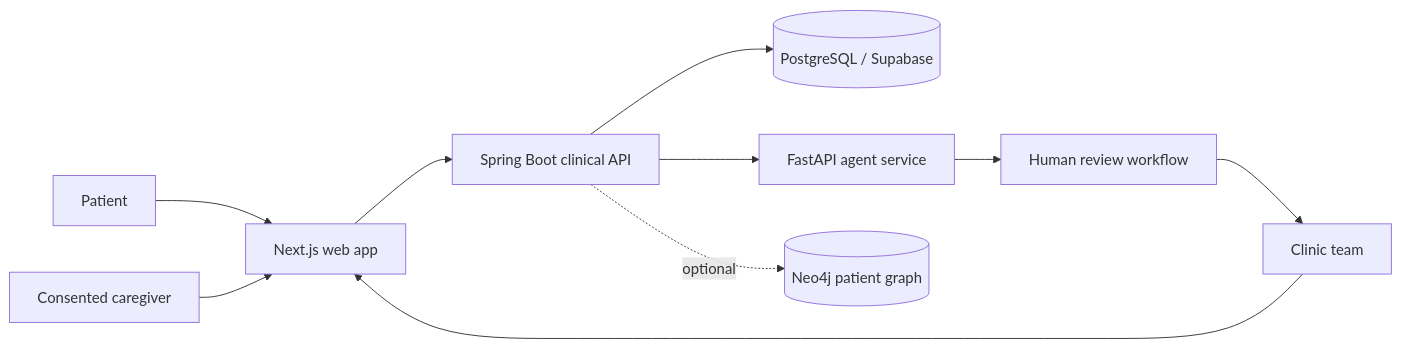
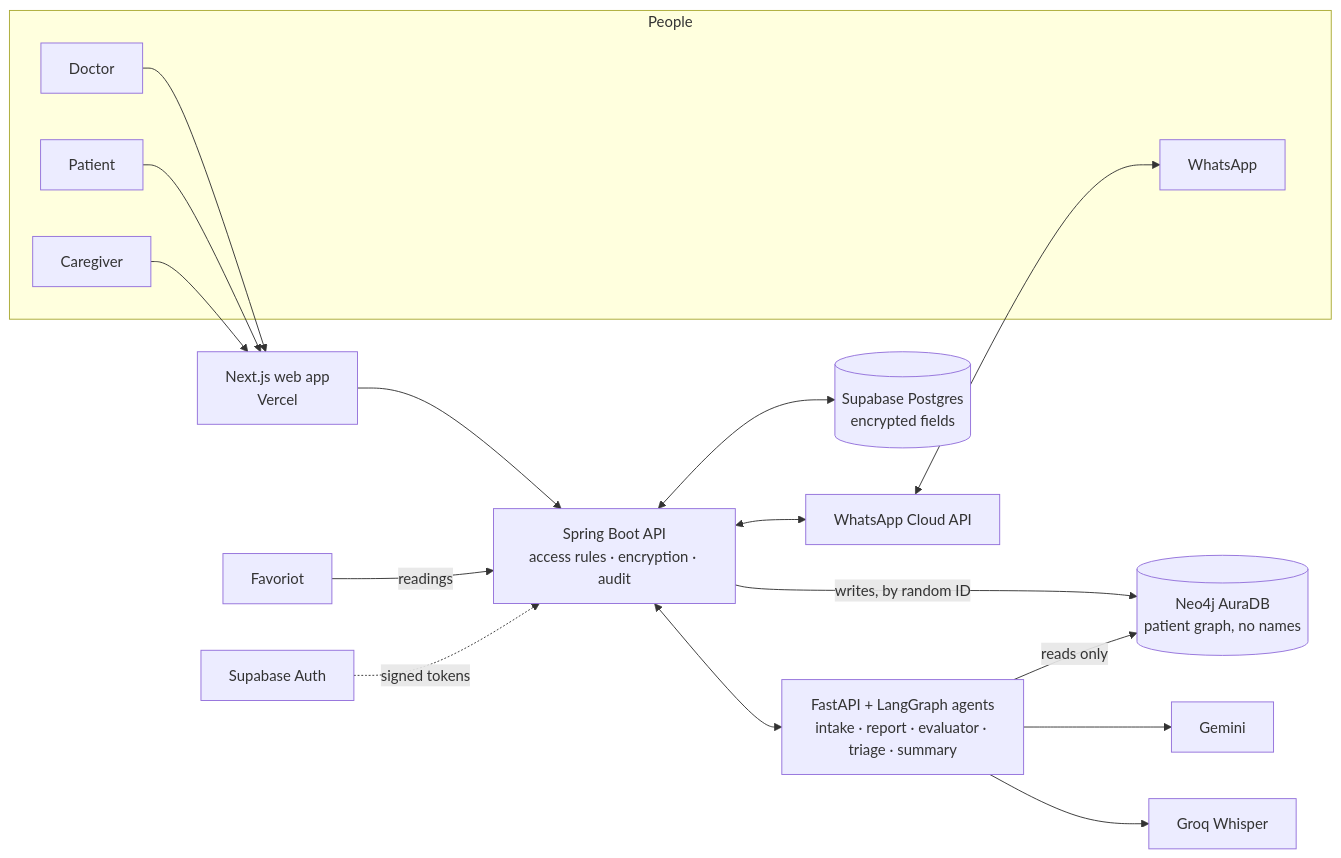
The fifth of 5 diagrams in README.md (tanhongsheng050204-code/KHABAR-HEALTHCARE), drawn with Mermaid before and after one commit. The commit also changed other lines of this file and 7 other files, not shown here.

````diff
--- a/README.md
+++ b/README.md
@@ -81,12 +289,19 @@
 ```mermaid
 flowchart LR
-    Patient[Patient] --> Web[Next.js web app]
-    Caregiver[Consented caregiver] --> Web
-    Clinic[Clinic team] --> Web
-    Web --> API[Spring Boot clinical API]
-    API --> DB[(PostgreSQL / Supabase)]
-    API --> Agents[FastAPI agent service]
-    API -. optional .-> Graph[(Neo4j patient graph)]
-    Agents --> Review[Human review workflow]
-    Review --> Clinic
+  subgraph People
+    D[Doctor]
+    P[Patient]
+    C[Caregiver]
+    WA[WhatsApp]
+  end
+  D & P & C --> WEB[Next.js web app<br/>Vercel]
+  WEB --> API[Spring Boot API<br/>access rules · encryption · audit]
+  API <--> PG[(Supabase Postgres<br/>encrypted fields)]
+  API -- writes, by random ID --> NEO[(Neo4j AuraDB<br/>patient graph, no names)]
+  API <--> AG[FastAPI + LangGraph agents<br/>intake · report · evaluator · triage · summary]
+  AG -- reads only --> NEO
+  AG --> LLM[Gemini] & STT[Groq Whisper]
+  API <--> WAC[WhatsApp Cloud API] <--> WA
+  FAV[Favoriot] -- readings --> API
+  SB[Supabase Auth] -. signed tokens .-> API
 ```
````
